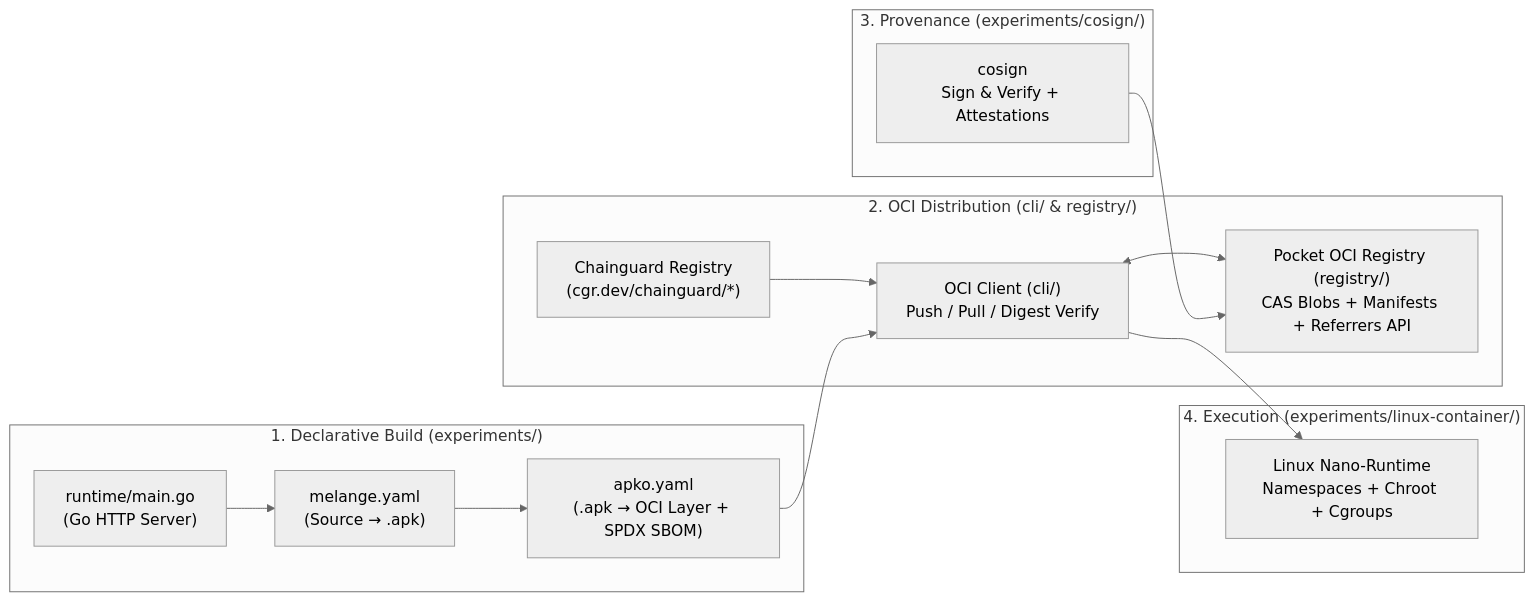
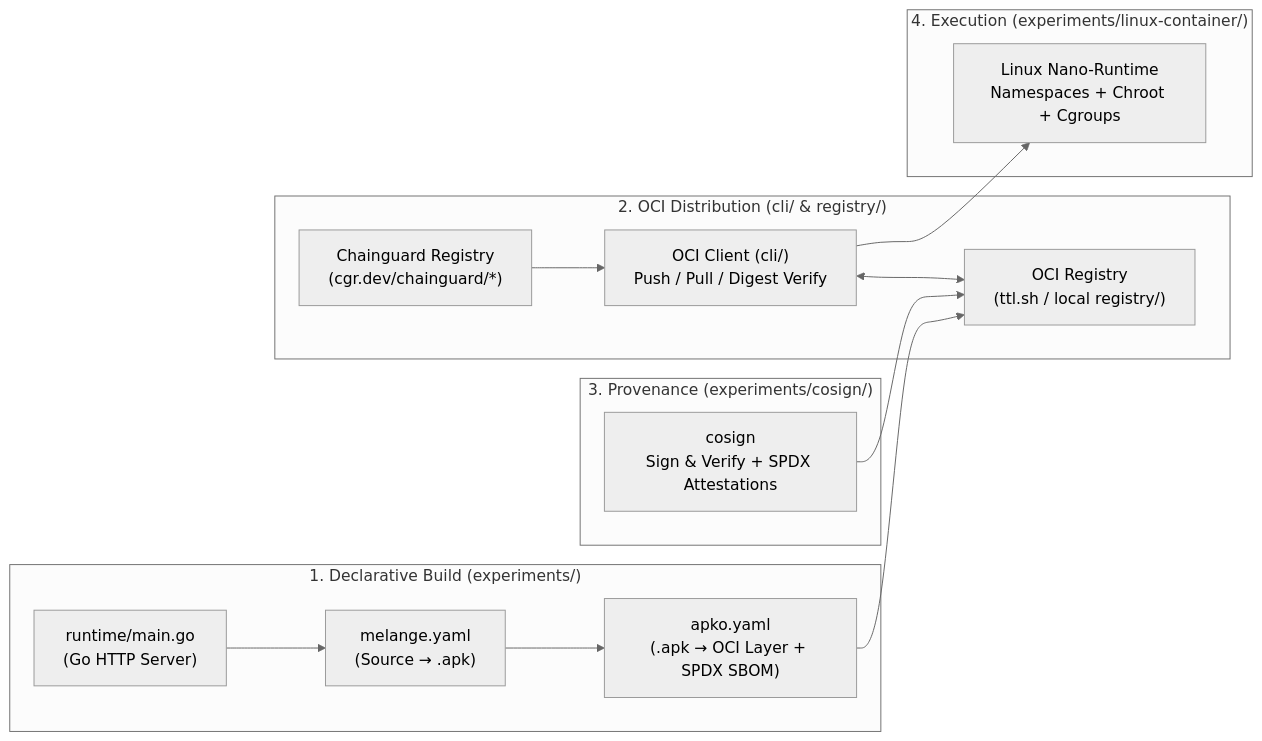
One commit to frankra/frankenstein-ci changed the diagram in README.md. Above: the diagram before and after it, drawn with Mermaid (neutral theme). The commit also changed other lines of this file and 3 other files, not shown here.

````diff
--- a/README.md
+++ b/README.md
@@ -11,23 +11,23 @@
 ```mermaid
 flowchart LR
     subgraph Build["1. Declarative Build (experiments/)"]
         G["runtime/main.go\n(Go HTTP Server)"] --> M["melange.yaml\n(Source → .apk)"]
         M --> A["apko.yaml\n(.apk → OCI Layer + SPDX SBOM)"]
     end
 
     subgraph Dist["2. OCI Distribution (cli/ & registry/)"]
-        C["OCI Client (cli/)\nPush / Pull / Digest Verify"] <--> R["Pocket OCI Registry (registry/)\nCAS Blobs + Manifests + Referrers API"]
+        C["OCI Client (cli/)\nPush / Pull / Digest Verify"] <--> R["OCI Registry\n(ttl.sh / local registry/)"]
         Cgr["Chainguard Registry\n(cgr.dev/chainguard/*)"] --> C
     end
 
     subgraph Prov["3. Provenance (experiments/cosign/)"]
-        S["cosign\nSign & Verify + Attestations"] --> R
+        S["cosign\nSign & Verify + SPDX Attestations"] --> R
     end
 
     subgraph Run["4. Execution (experiments/linux-container/)"]
         N["Linux Nano-Runtime\nNamespaces + Chroot + Cgroups"]
     end
 
-    A --> C
+    A --> R
     C --> N
 ```
````
